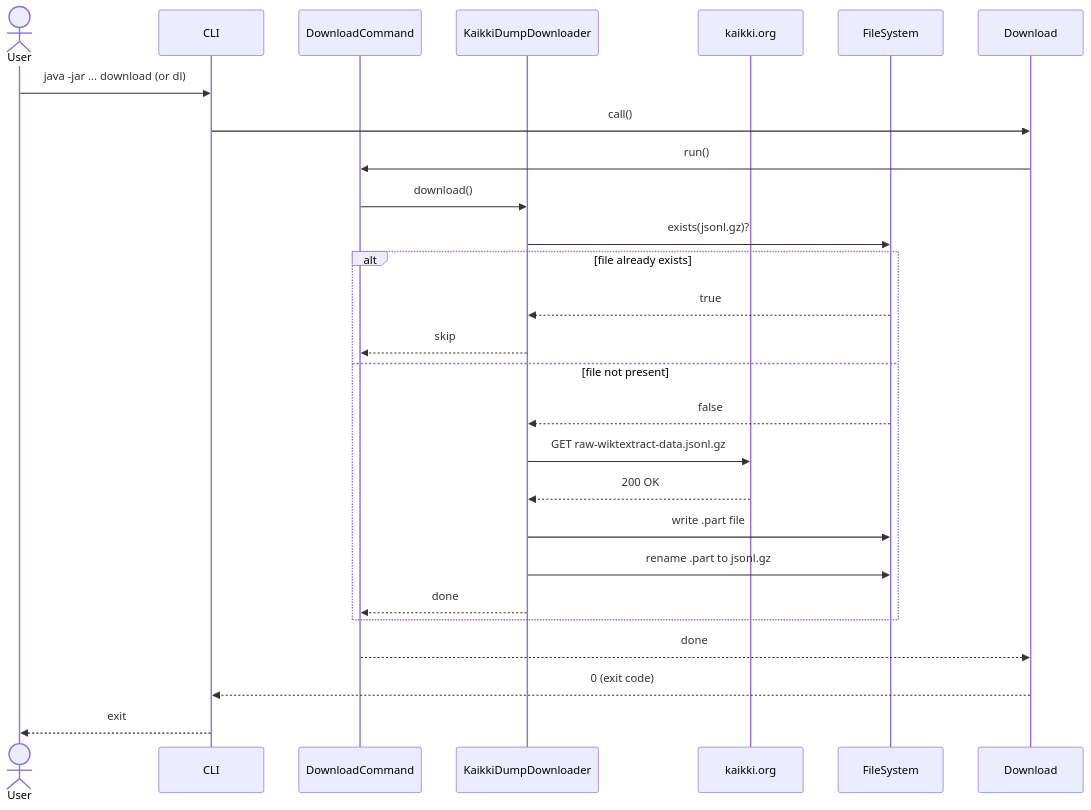
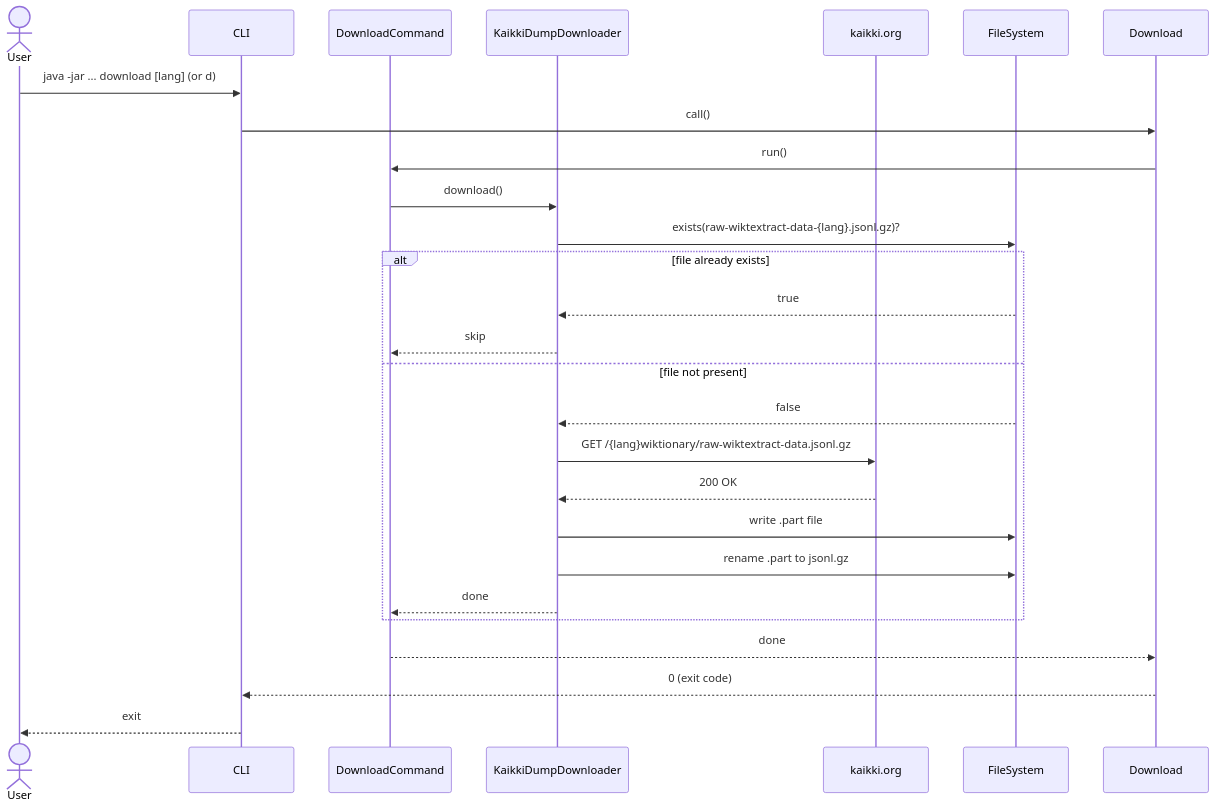
The first of 2 diagrams in docs/program-flow.md (nyg/wiktionary-to-kindle), drawn with Mermaid before and after one commit. The commit also changed other lines of this file and 21 other files, not shown here.

````diff
--- a/docs/program-flow.md
+++ b/docs/program-flow.md
@@ -5,31 +5,31 @@
 ```mermaid
 sequenceDiagram
     actor User
     participant CLI
     participant DownloadCommand
     participant KaikkiDumpDownloader
     participant kaikkiorg as kaikki.org
     participant FileSystem
 
-    User->>CLI: java -jar ... download (or dl)
+    User->>CLI: java -jar ... download [lang] (or d)
     CLI->>Download: call()
     Download->>DownloadCommand: run()
     DownloadCommand->>KaikkiDumpDownloader: download()
-    KaikkiDumpDownloader->>FileSystem: exists(jsonl.gz)?
+    KaikkiDumpDownloader->>FileSystem: exists(raw-wiktextract-data-{lang}.jsonl.gz)?
 
     alt file already exists
         FileSystem-->>KaikkiDumpDownloader: true
         KaikkiDumpDownloader-->>DownloadCommand: skip
     else file not present
         FileSystem-->>KaikkiDumpDownloader: false
-        KaikkiDumpDownloader->>kaikkiorg: GET raw-wiktextract-data.jsonl.gz
+        KaikkiDumpDownloader->>kaikkiorg: GET /{lang}wiktionary/raw-wiktextract-data.jsonl.gz
         kaikkiorg-->>KaikkiDumpDownloader: 200 OK
         KaikkiDumpDownloader->>FileSystem: write .part file
         KaikkiDumpDownloader->>FileSystem: rename .part to jsonl.gz
         KaikkiDumpDownloader-->>DownloadCommand: done
     end
 
     DownloadCommand-->>Download: done
     Download-->>CLI: 0 (exit code)
     CLI-->>User: exit
 ```
````
